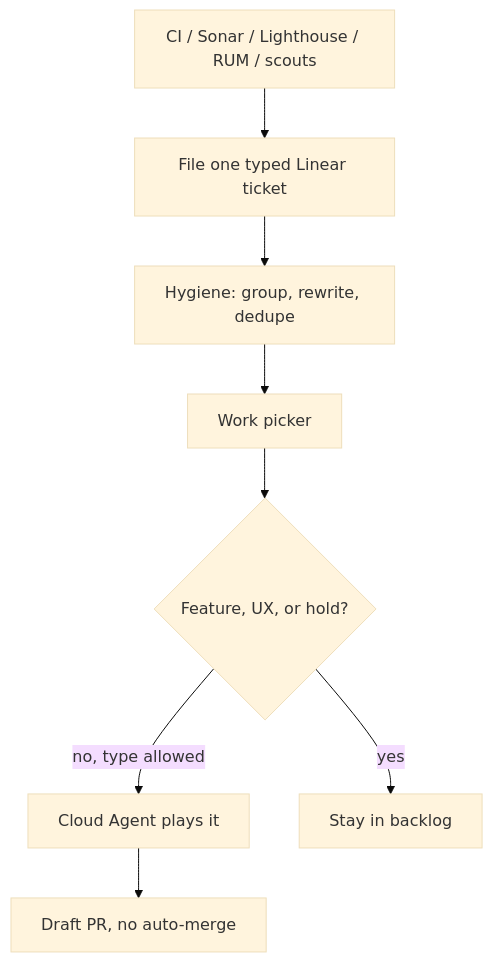
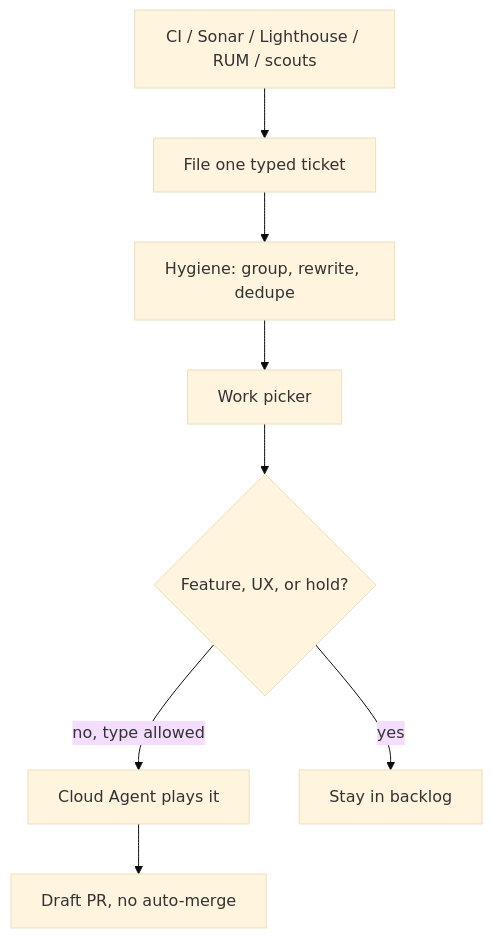
One commit to mzworthington/waykit changed the diagram in SOPs/quality-loops.md. Above: the diagram before and after it, drawn with Mermaid (base theme). The commit also changed other lines of this file and 13 other files, not shown here.

````diff
--- a/SOPs/quality-loops.md
+++ b/SOPs/quality-loops.md
@@ -22,15 +21,14 @@
 ```mermaid
 flowchart TD
   src[CI / Sonar / Lighthouse / RUM / scouts]
-  file[File one typed Linear ticket]
+  file[File one typed ticket]
   hygiene[Hygiene: group, rewrite, dedupe]
   pick[Work picker]
   feature{Feature, UX, or hold?}
   auto[Cloud Agent plays it]
   wait[Stay in backlog]
   pr[Draft PR, no auto-merge]
-  src --> file --> hygiene --> pick
-  pick --> feature
+  src --> file --> hygiene --> pick --> feature
   feature -->|yes| wait
   feature -->|no, type allowed| auto --> pr
 ```
````
